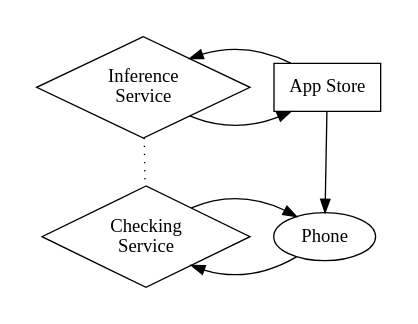
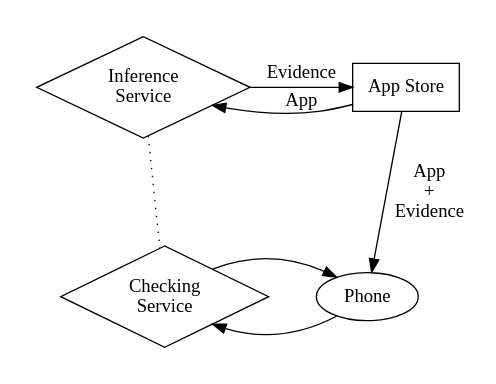
Before and after one commit to bogwonch/first-year-report: the diagram in img/digitalevidence.dot, drawn with Graphviz. The commit also changed 6 other files, not shown here.

```diff
--- a/img/digitalevidence.dot
+++ b/img/digitalevidence.dot
@@ -1,24 +1,26 @@
 digraph digitalevidence {
   overlap = false;
   splines = true;
 
+  edge [fontname="LMSans9-Oblique"];
+
   subgraph cluster_store {
     style=filled;
     color=white;
-    appStore      [label="App Store"         shape=box     fontname="LMSans10-Regular"]
-    phone         [label="Phone"             shape=oval    fontname="LMSans10-Regular"]
+    appStore      [label="App Store"         shape=box      fontname="LMSans10-Regular"]
+    phone         [label="Phone"             shape=oval     fontname="LMSans10-Regular"]
     checker       [label="Checking\nService"  shape=diamond fontname="LMSans10-Regular"]
     inferer       [label="Inference\nService" shape=diamond fontname="LMSans10-Regular"]
     
     {rank=same appStore inferer}
     {rank=same phone checker}
   }
 
   //companyPolicy -> appStore;
-  inferer       -> appStore;
-  appStore      -> inferer;
-  appStore      -> phone;
+  inferer       -> appStore [label="Evidence"];
+  appStore      -> inferer [label="App"];
+  appStore      -> phone [label="App\n+\nEvidence" labeljust=l];
   phone         -> checker;
   checker       -> phone;
   inferer       -> checker [style=dotted arrowhead=none];
 }
```
